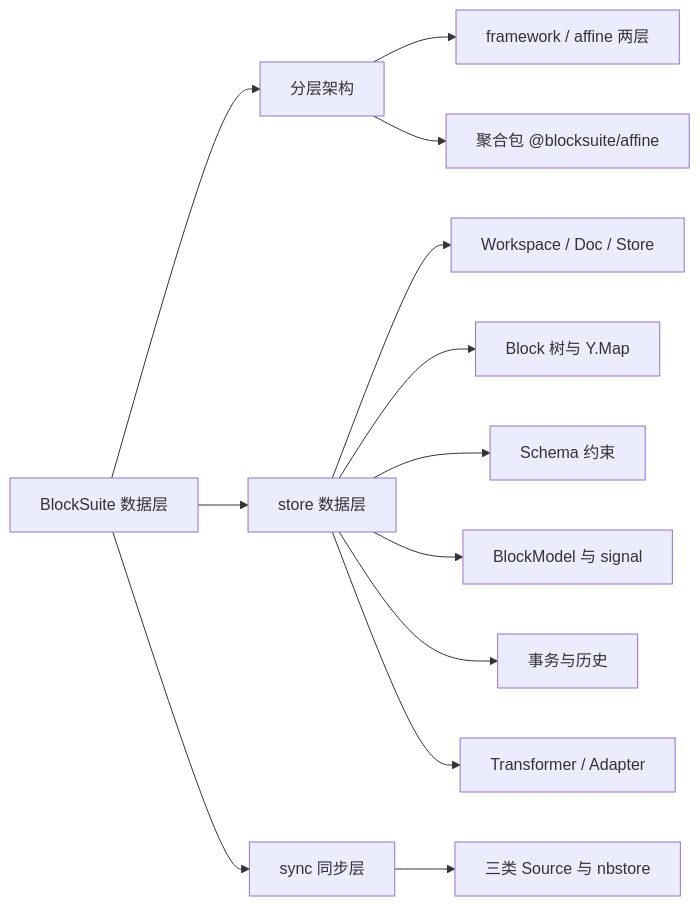
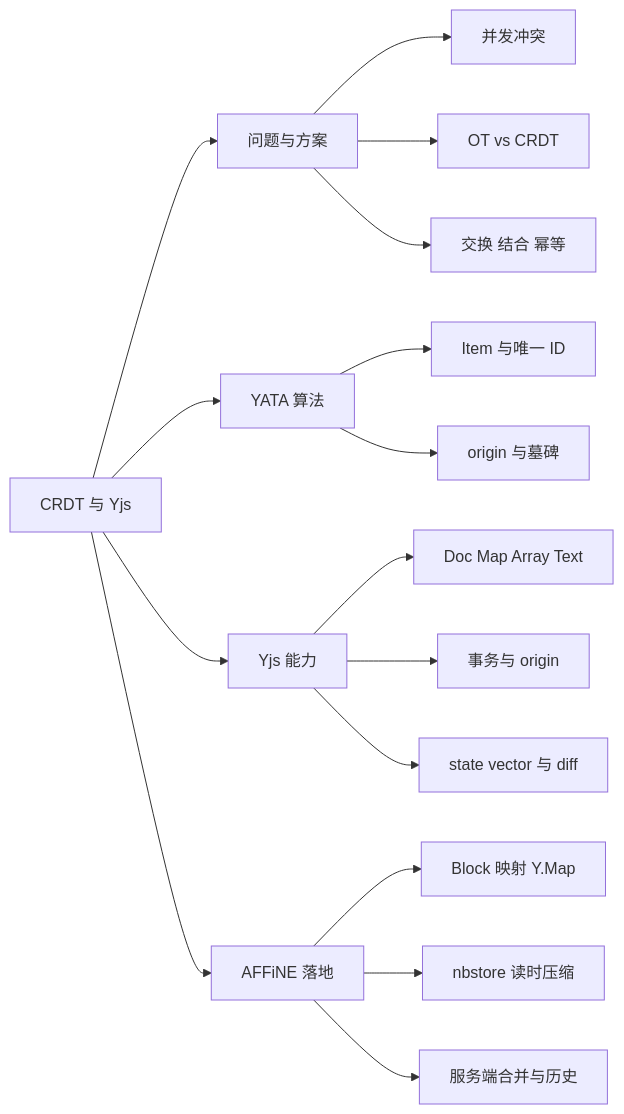
The first of 6 diagrams in learning-guide/slides/decks/12.md (lfire/AFFiNE), drawn with Mermaid before and after one commit. The commit also changed other lines of this file and 73 other files, not shown here.

````diff
--- a/learning-guide/slides/decks/12.md
+++ b/learning-guide/slides/decks/12.md
@@ -33,15 +33,18 @@
 ```mermaid
 flowchart LR
-  ROOT["BlockSuite 数据层"] --> L["分层架构"]
-  ROOT --> S["store 数据层"]
-  ROOT --> SY["sync 同步层"]
-  L --> L1["framework / affine 两层"]
-  L --> L2["聚合包 @blocksuite/affine"]
-  S --> S1["Workspace / Doc / Store"]
-  S --> S2["Block 树与 Y.Map"]
-  S --> S3["Schema 约束"]
-  S --> S4["BlockModel 与 signal"]
-  S --> S5["事务与历史"]
-  S --> S6["Transformer / Adapter"]
-  SY --> SY1["三类 Source 与 nbstore"]
+  ROOT["CRDT 与 Yjs"] --> P["问题与方案"]
+  ROOT --> Y["YATA 算法"]
+  ROOT --> API["Yjs 能力"]
+  ROOT --> AF["AFFiNE 落地"]
+  P --> P1["并发冲突"]
+  P --> P2["OT vs CRDT"]
+  P --> P3["交换 结合 幂等"]
+  Y --> Y1["Item 与唯一 ID"]
+  Y --> Y2["origin 与墓碑"]
+  API --> API1["Doc Map Array Text"]
+  API --> API2["事务与 origin"]
+  API --> API3["state vector 与 diff"]
+  AF --> AF1["Block 映射 Y.Map"]
+  AF --> AF2["nbstore 读时压缩"]
+  AF --> AF3["服务端合并与历史"]
 ```
````
